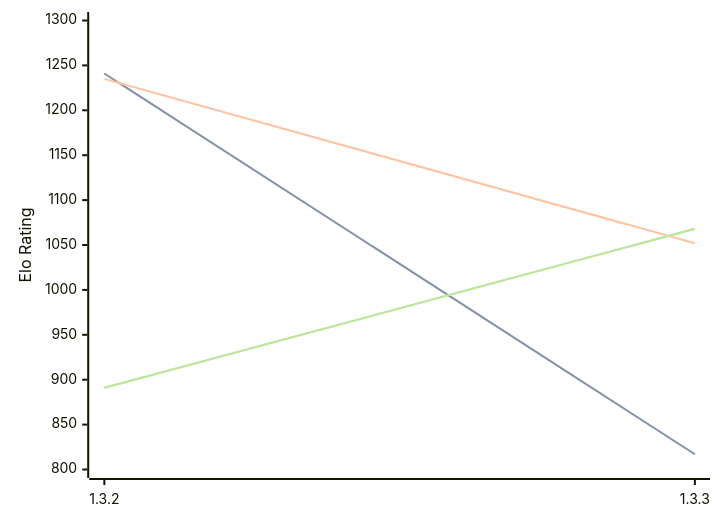
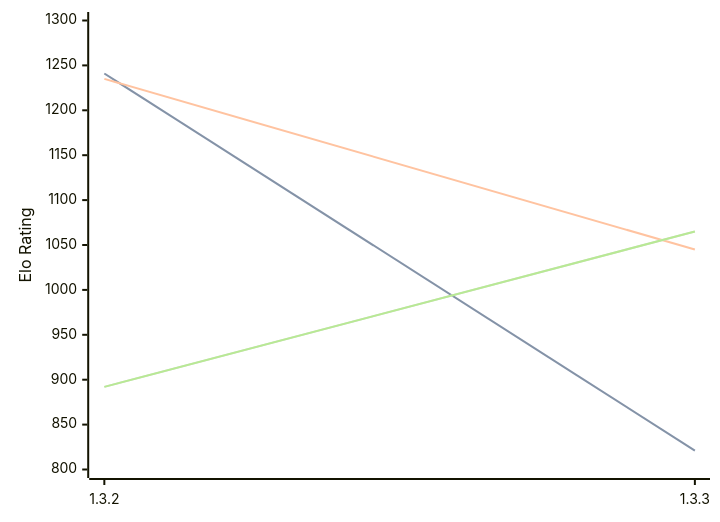
The diagram in engines/Whitespine.md (computer-chess-index/cci), drawn with Mermaid before and after one commit. The commit also changed other lines of this file, not shown here.

Commit message:
Update CCI Ratings (ELO VLTC) - 2026-03-30

````diff
--- a/engines/Whitespine.md
+++ b/engines/Whitespine.md
@@ -35,11 +35,11 @@
 ```mermaid
 %%{init: {"theme":"base","themeVariables":{"seriesColors:['#a3a3a3','#222221','#faa371']}}}%%
 xychart-beta
   x-axis ["1.3.2", "1.3.3"]
   y-axis "Elo Rating" 800 --> 1300
-  line "STC (8.0+0.08s)" [1241, 817]
-  line "STC (8.0+0.08s)" [1241, 817]
-  line "LTC (60.0+0.60s)" [1235, 1052]
-  line "VLTC (2m24s+1.12s)" [891, 1068]
-  line "VLTC (2m24s+1.12s)" [891, 1068]
+  line "STC (8.0+0.08s)" [1241, 821]
+  line "STC (8.0+0.08s)" [1241, 821]
+  line "LTC (60.0+0.60s)" [1235, 1045]
+  line "VLTC (2m24s+1.12s)" [892, 1065]
+  line "VLTC (2m24s+1.12s)" [892, 1065]
 ```
````
